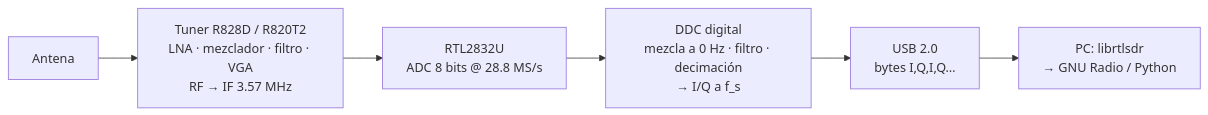
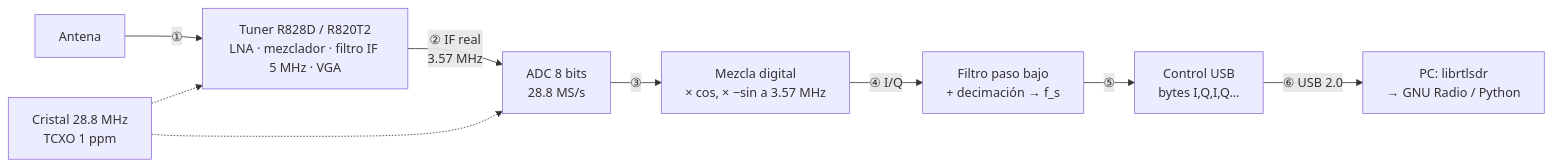
The second of 2 diagrams in docs/sessions/01-introduccion-sdr/index.md (ollerenac-uni/sdr), drawn with Mermaid before and after one commit. The commit also changed other lines of this file and 8 other files, not shown here.

````diff
--- a/docs/sessions/01-introduccion-sdr/index.md
+++ b/docs/sessions/01-introduccion-sdr/index.md
@@ -78,8 +78,11 @@
 ```mermaid
 flowchart LR
-    A[Antena] --> B[Tuner R828D / R820T2<br/>LNA · mezclador · filtro · VGA<br/>RF → IF 3.57 MHz]
-    B --> C[RTL2832U<br/>ADC 8 bits @ 28.8 MS/s]
-    C --> D[DDC digital<br/>mezcla a 0 Hz · filtro · decimación<br/>→ I/Q a f_s]
-    D --> E[USB 2.0<br/>bytes I,Q,I,Q…]
-    E --> F[PC: librtlsdr<br/>→ GNU Radio / Python]
+    ANT[Antena] -->|①| TUN[Tuner R828D / R820T2<br/>LNA · mezclador · filtro IF 5 MHz · VGA]
+    TUN -->|② IF real<br/>3.57 MHz| ADC[ADC 8 bits<br/>28.8 MS/s]
+    ADC -->|③| DDC[Mezcla digital<br/>× cos, × −sin a 3.57 MHz]
+    DDC -->|④ I/Q| LPF[Filtro paso bajo<br/>+ decimación → f_s]
+    LPF -->|⑤| USB[Control USB<br/>bytes I,Q,I,Q…]
+    USB -->|⑥ USB 2.0| PC[PC: librtlsdr<br/>→ GNU Radio / Python]
+    XTAL[Cristal 28.8 MHz<br/>TCXO 1 ppm] -.-> TUN
+    XTAL -.-> ADC
 ```
````
